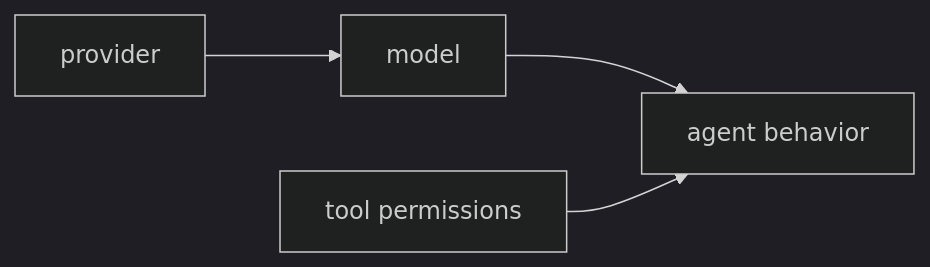
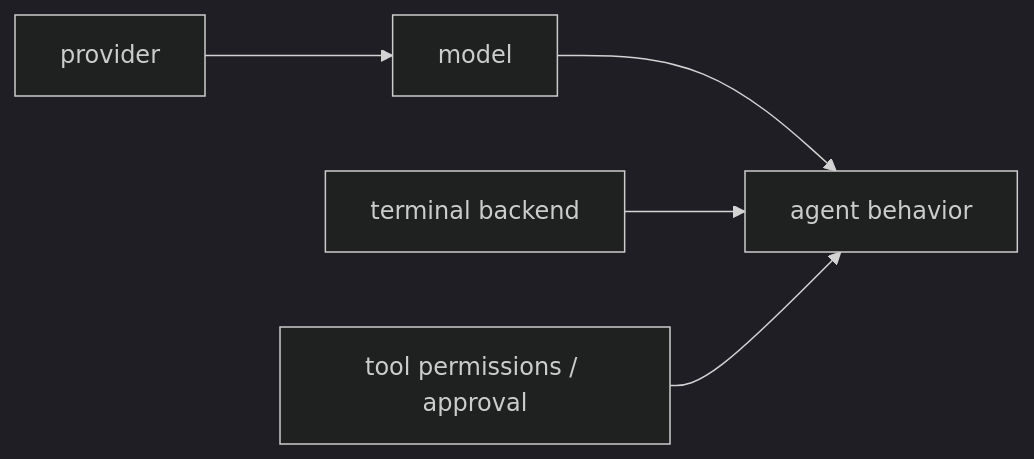
One commit to goura32/techbook changed the third of 7 diagrams in books/hermes-agent-practical/figures-final.md. Above: the diagram before and after it, drawn with Mermaid (dark theme). The commit also changed other lines of this file and 29 other files, not shown here.

````diff
--- a/books/hermes-agent-practical/figures-final.md
+++ b/books/hermes-agent-practical/figures-final.md
@@ -22,6 +52,7 @@
 ```mermaid
 flowchart LR
   A["provider"] --> B["model"]
   B --> C["agent behavior"]
-  D["tool permissions"] --> C
+  D["terminal backend"] --> C
+  E["tool permissions / approval"] --> C
 ```
````
